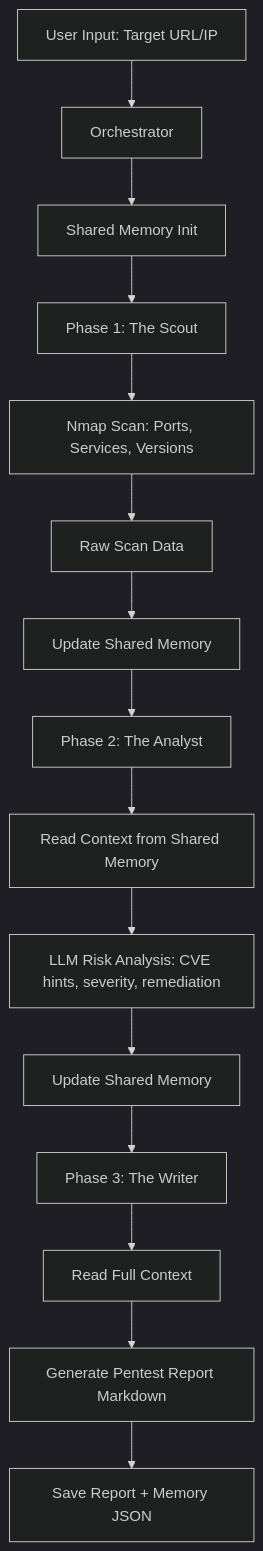
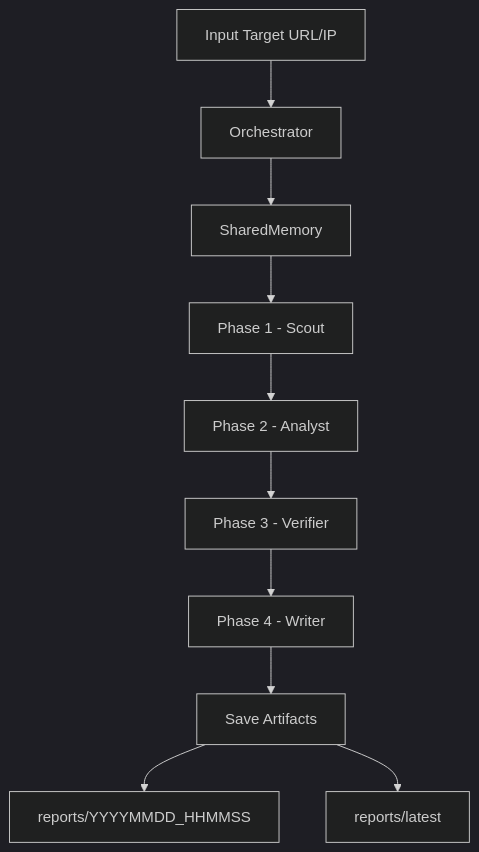
The diagram in README.md (YueLouis/DACK_LTM), drawn with Mermaid (dark theme) before and after one commit. The commit also changed other lines of this file and 12 other files, not shown here.

Commit message:
Polish README, UI, and verification flow

````diff
--- a/README.md
+++ b/README.md
@@ -15,17 +22,12 @@
 ```mermaid
 flowchart TD
-    A[User Input: Target URL/IP] --> B[Orchestrator]
-    B --> C[Shared Memory Init]
-    C --> D[Phase 1: The Scout]
-    D --> E[Nmap Scan: Ports, Services, Versions]
-    E --> F[Raw Scan Data]
-    F --> G[Update Shared Memory]
-    G --> H[Phase 2: The Analyst]
-    H --> I[Read Context from Shared Memory]
-    I --> J[LLM Risk Analysis: CVE hints, severity, remediation]
-    J --> K[Update Shared Memory]
-    K --> L[Phase 3: The Writer]
-    L --> M[Read Full Context]
-    M --> N[Generate Pentest Report Markdown]
-    N --> O[Save Report + Memory JSON]
+    A[Input Target URL/IP] --> B[Orchestrator]
+    B --> C[SharedMemory]
+    C --> D[Phase 1 - Scout]
+    D --> E[Phase 2 - Analyst]
+    E --> F[Phase 3 - Verifier]
+    F --> G[Phase 4 - Writer]
+    G --> H[Save Artifacts]
+    H --> I[reports/YYYYMMDD_HHMMSS]
+    H --> J[reports/latest]
 ```
````
